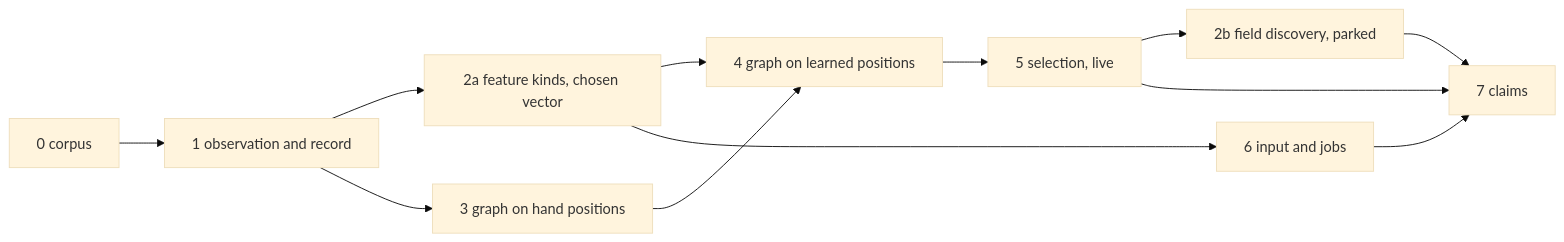
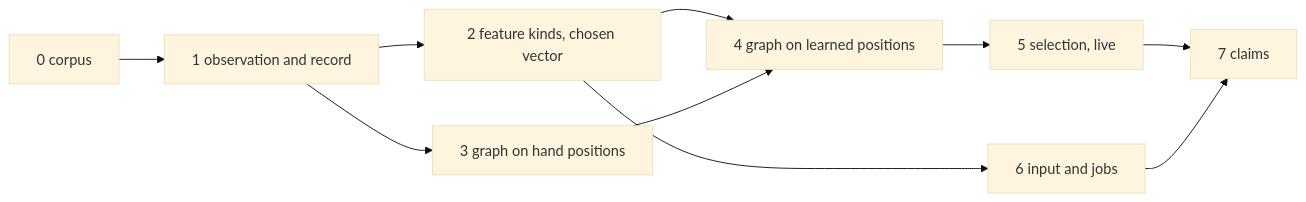
Before and after one commit to pH14/harmony: the diagram in DISSONANCE-V3-PLAN.md, drawn with Mermaid (base theme). The commit also changed other lines of this file and 1 other file, not shown here.

Commit message:
Remove field discovery from the plan and make the chosen vector the observation

````diff
--- a/DISSONANCE-V3-PLAN.md
+++ b/DISSONANCE-V3-PLAN.md
@@ -234,14 +229,12 @@
 ```mermaid
 flowchart LR
     S0[0 corpus] --> S1[1 observation and record]
-    S1 --> S2a[2a feature kinds, chosen vector]
-    S5 --> S2b[2b field discovery, parked]
+    S1 --> S2[2 feature kinds, chosen vector]
     S1 --> S3[3 graph on hand positions]
-    S2a --> S4[4 graph on learned positions]
+    S2 --> S4[4 graph on learned positions]
     S3 --> S4
     S4 --> S5[5 selection, live]
-    S2a --> S6[6 input and jobs]
+    S2 --> S6[6 input and jobs]
     S5 --> S7[7 claims]
     S6 --> S7
-    S2b --> S7
 ```
````
